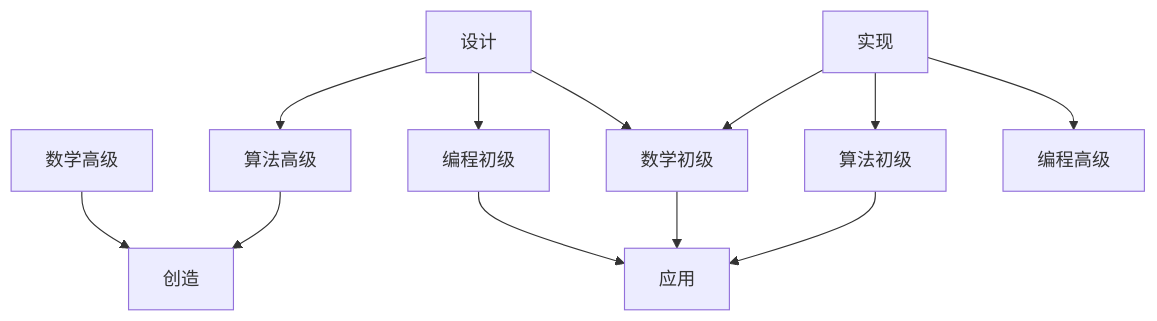
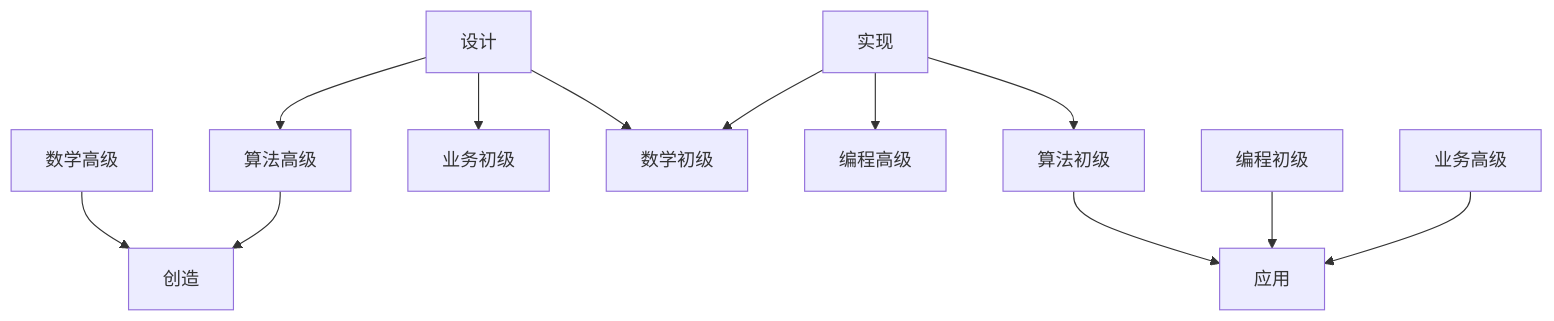
The first of 4 diagrams in ML/Skills.md (AI-Papers-Translation/StudyNotes-CN), drawn with Mermaid before and after one commit.

Commit message:
skills.md 增加「业务初始」和「业务高级」

````diff
--- a/ML/Skills.md
+++ b/ML/Skills.md
@@ -3,14 +3,14 @@
 ```mermaid
 graph TD;
     数学高级-->创造
     算法高级-->创造
+    设计-->业务初级
     设计-->数学初级
-    设计-->编程初级
     设计-->算法高级
+    实现-->数学初级
     实现-->编程高级
     实现-->算法初级
-    实现-->数学初级
-    数学初级-->应用
     算法初级-->应用
     编程初级-->应用
+    业务高级-->应用
 ```
````
